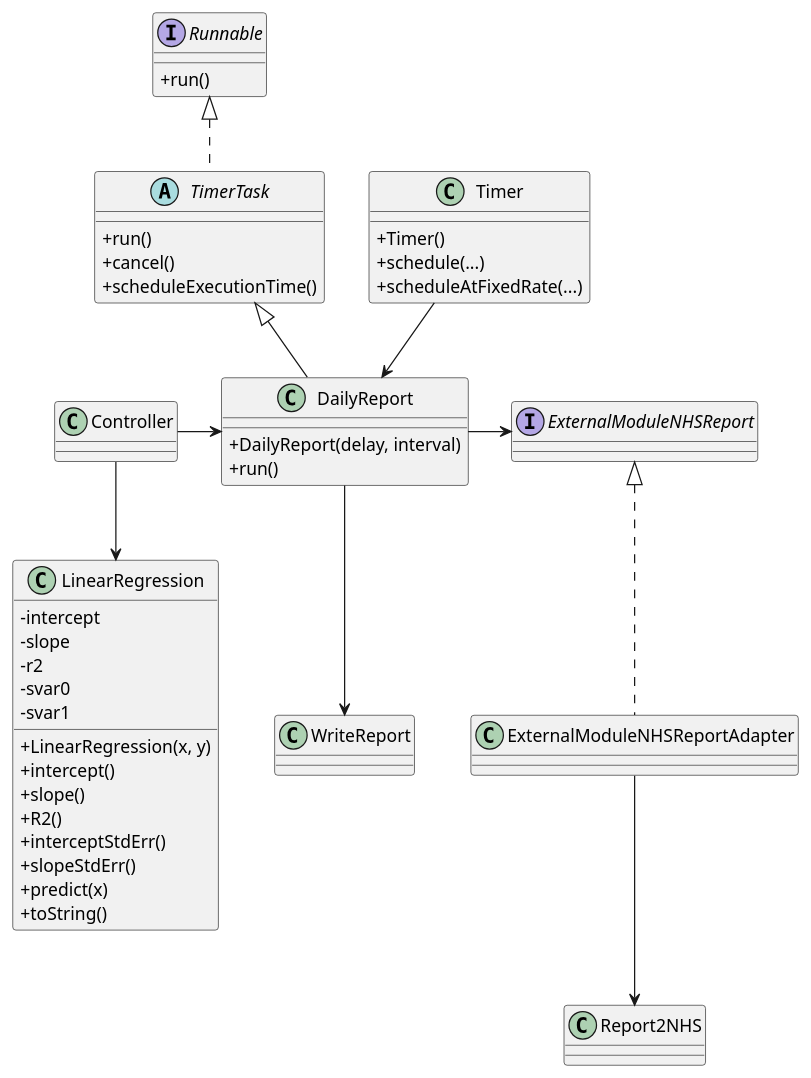
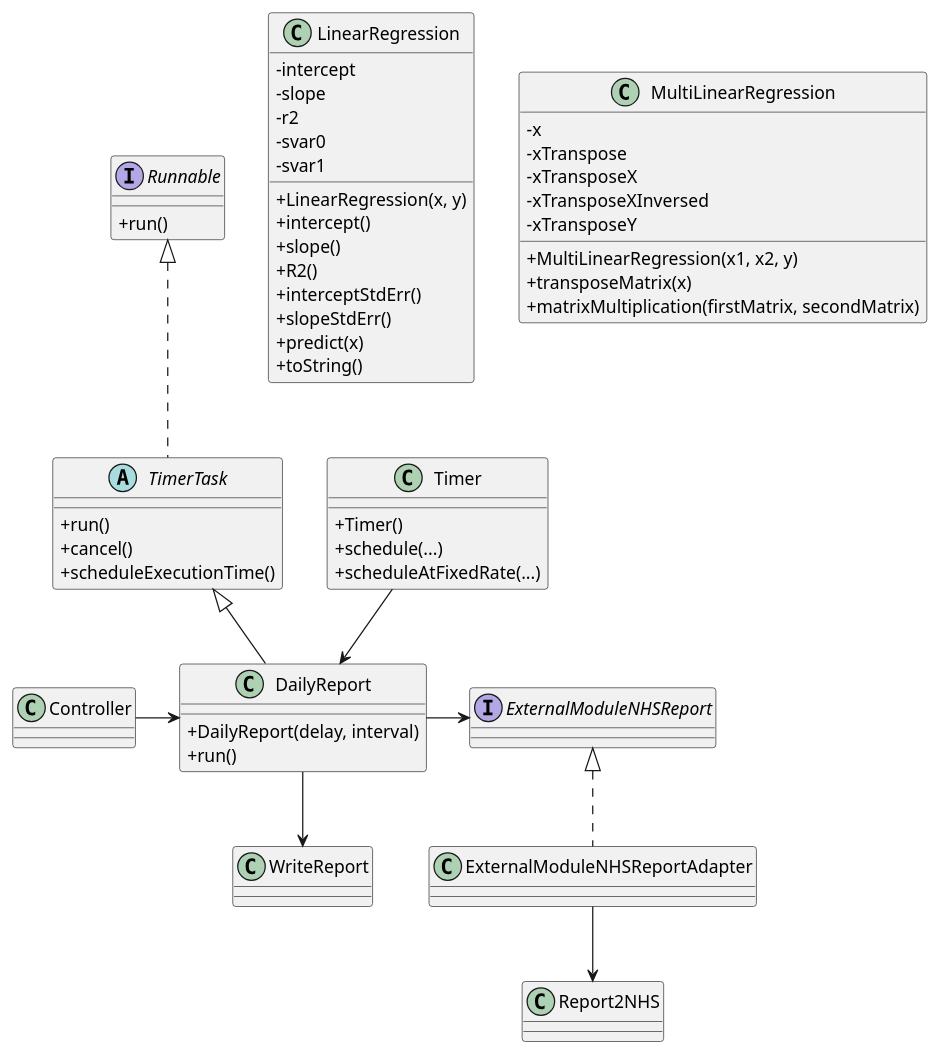
Before and after one commit to MadDinosaur/ISEP-LAPR2: the diagram in docs/SprintD/US19/US19_CD.puml, drawn with PlantUML. The commit also changed 2 other files, not shown here.

```diff
--- a/docs/SprintD/US19/US19_CD.puml
+++ b/docs/SprintD/US19/US19_CD.puml
@@ -1,65 +1,76 @@
 @startuml
 
 skinparam classAttributeIconSize 0
 
 class Controller
 
 interface Runnable {
 +run()
 }
 
 abstract TimerTask {
 +run()
 +cancel()
 +scheduleExecutionTime()
 }
 
 class DailyReport {
 +DailyReport(delay, interval)
 +run()
 }
 
 class Timer {
 +Timer()
 +schedule(...)
 +scheduleAtFixedRate(...)
 }
 
 class LinearRegression {
 -intercept
 -slope
 -r2
 -svar0
 -svar1
 +LinearRegression(x, y)
 +intercept()
 +slope()
 +R2()
 +interceptStdErr()
 +slopeStdErr()
 +predict(x)
 +toString()
 }
 
+class MultiLinearRegression {
+-x
+-xTranspose
+-xTransposeX
+-xTransposeXInversed
+-xTransposeY
++MultiLinearRegression(x1, x2, y)
++transposeMatrix(x)
++matrixMultiplication(firstMatrix, secondMatrix)
+}
+
 class WriteReport
 
 interface ExternalModuleNHSReport
 
 class ExternalModuleNHSReportAdapter
 
 class Report2NHS
 
 Controller -> DailyReport
-Controller --> LinearRegression
+
 
 Runnable <|.. TimerTask
 TimerTask <|-- DailyReport
 Timer --> DailyReport
 DailyReport --> WriteReport
 
 DailyReport -> ExternalModuleNHSReport
 
 ExternalModuleNHSReport <|.. ExternalModuleNHSReportAdapter
 ExternalModuleNHSReportAdapter --> Report2NHS
 
 @enduml
```
